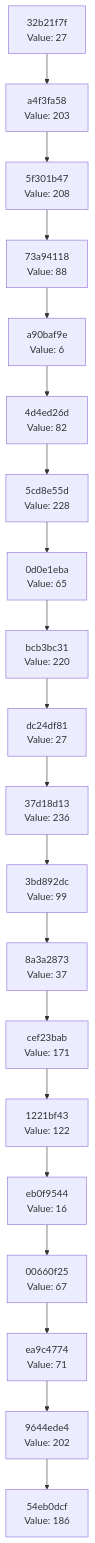
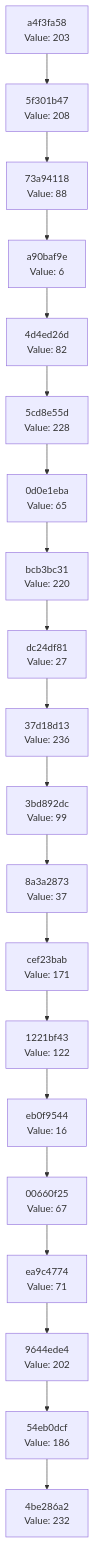
The diagram in docs/CHAIN_VISUALIZATION.md (Abhisheksinha1506/hash-chain-evolver), drawn with Mermaid before and after one commit. The commit also changed 2 other files, not shown here.

Commit message:
Evolution step: hash 0xE8 → action executed

````diff
--- a/docs/CHAIN_VISUALIZATION.md
+++ b/docs/CHAIN_VISUALIZATION.md
@@ -3,42 +3,42 @@
 ```mermaid
 graph TD
-    C0["54eb0dcf<br/>Value: 186"]
-    C1["9644ede4<br/>Value: 202"]
+    C0["4be286a2<br/>Value: 232"]
+    C1["54eb0dcf<br/>Value: 186"]
     C1 --> C0
-    C2["ea9c4774<br/>Value: 71"]
+    C2["9644ede4<br/>Value: 202"]
     C2 --> C1
-    C3["00660f25<br/>Value: 67"]
+    C3["ea9c4774<br/>Value: 71"]
     C3 --> C2
-    C4["eb0f9544<br/>Value: 16"]
+    C4["00660f25<br/>Value: 67"]
     C4 --> C3
-    C5["1221bf43<br/>Value: 122"]
+    C5["eb0f9544<br/>Value: 16"]
     C5 --> C4
-    C6["cef23bab<br/>Value: 171"]
+    C6["1221bf43<br/>Value: 122"]
     C6 --> C5
-    C7["8a3a2873<br/>Value: 37"]
+    C7["cef23bab<br/>Value: 171"]
     C7 --> C6
-    C8["3bd892dc<br/>Value: 99"]
+    C8["8a3a2873<br/>Value: 37"]
     C8 --> C7
-    C9["37d18d13<br/>Value: 236"]
+    C9["3bd892dc<br/>Value: 99"]
     C9 --> C8
-    C10["dc24df81<br/>Value: 27"]
+    C10["37d18d13<br/>Value: 236"]
     C10 --> C9
-    C11["bcb3bc31<br/>Value: 220"]
+    C11["dc24df81<br/>Value: 27"]
     C11 --> C10
-    C12["0d0e1eba<br/>Value: 65"]
+    C12["bcb3bc31<br/>Value: 220"]
     C12 --> C11
-    C13["5cd8e55d<br/>Value: 228"]
+    C13["0d0e1eba<br/>Value: 65"]
     C13 --> C12
-    C14["4d4ed26d<br/>Value: 82"]
+    C14["5cd8e55d<br/>Value: 228"]
     C14 --> C13
-    C15["a90baf9e<br/>Value: 6"]
+    C15["4d4ed26d<br/>Value: 82"]
     C15 --> C14
-    C16["73a94118<br/>Value: 88"]
+    C16["a90baf9e<br/>Value: 6"]
     C16 --> C15
-    C17["5f301b47<br/>Value: 208"]
+    C17["73a94118<br/>Value: 88"]
     C17 --> C16
-    C18["a4f3fa58<br/>Value: 203"]
+    C18["5f301b47<br/>Value: 208"]
     C18 --> C17
-    C19["32b21f7f<br/>Value: 27"]
+    C19["a4f3fa58<br/>Value: 203"]
     C19 --> C18
 ```
````
